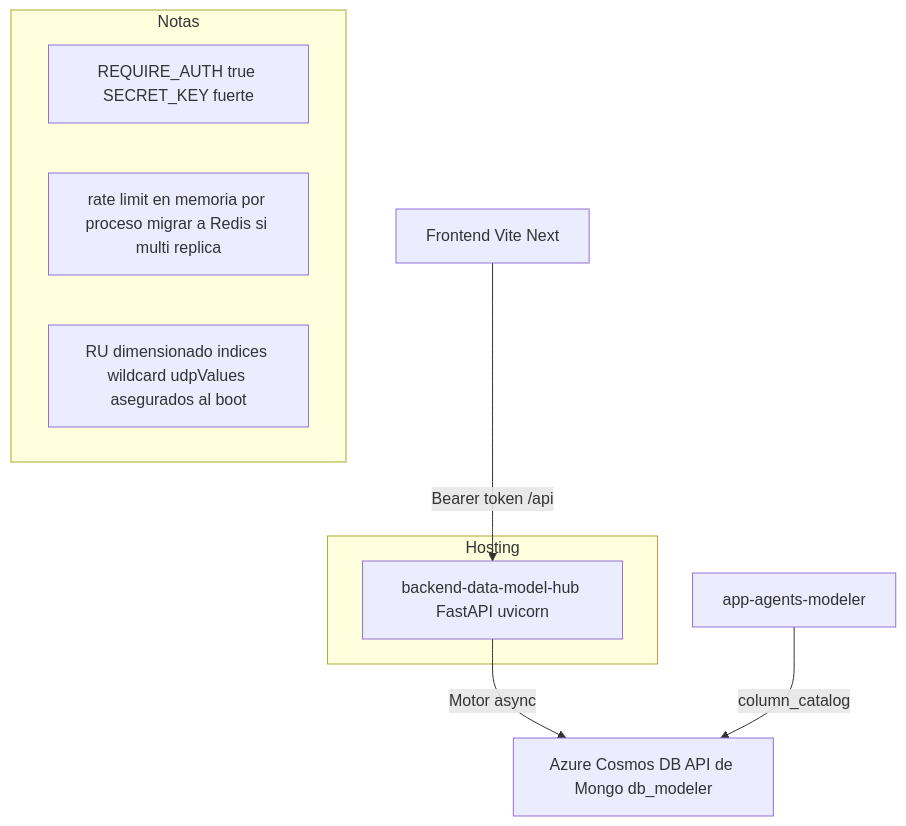
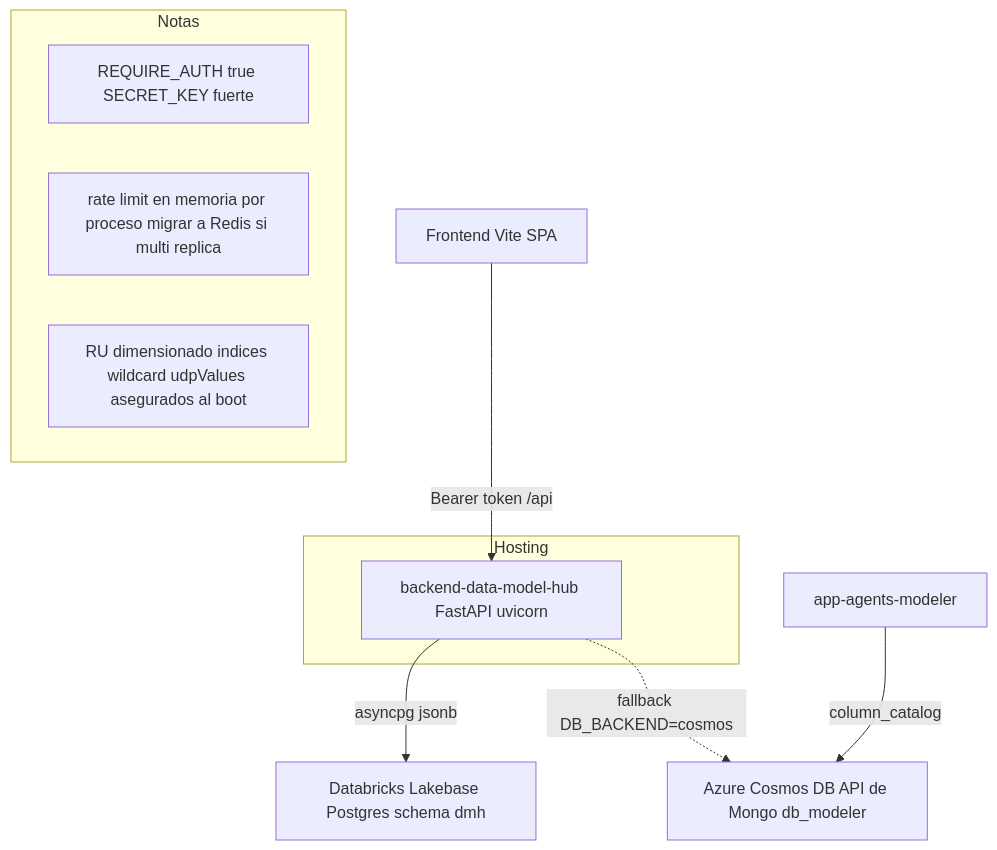
The fourth of 4 diagrams in doc/consideraciones-y-limites.md (Carlosmps97/backend-data-model-hub), drawn with Mermaid before and after one commit. The commit also changed other lines of this file and 12 other files, not shown here.

````diff
--- a/doc/consideraciones-y-limites.md
+++ b/doc/consideraciones-y-limites.md
@@ -489,14 +499,15 @@
 ```mermaid
 flowchart TD
-    FE["Frontend Vite Next"] -->|Bearer token /api| BE["backend-data-model-hub FastAPI uvicorn"]
-    BE -->|Motor async| COS["Azure Cosmos DB API de Mongo db_modeler"]
+    FE["Frontend Vite SPA"] -->|Bearer token /api| BE["backend-data-model-hub FastAPI uvicorn"]
+    BE -->|asyncpg jsonb| LB["Databricks Lakebase Postgres schema dmh"]
+    BE -.->|fallback DB_BACKEND=cosmos| COS["Azure Cosmos DB API de Mongo db_modeler"]
     AG["app-agents-modeler"] -->|column_catalog| COS
     subgraph Hosting
         BE
     end
     subgraph Notas
         N1["REQUIRE_AUTH true SECRET_KEY fuerte"]
         N2["rate limit en memoria por proceso migrar a Redis si multi replica"]
         N3["RU dimensionado indices wildcard udpValues asegurados al boot"]
     end
 ```
````
